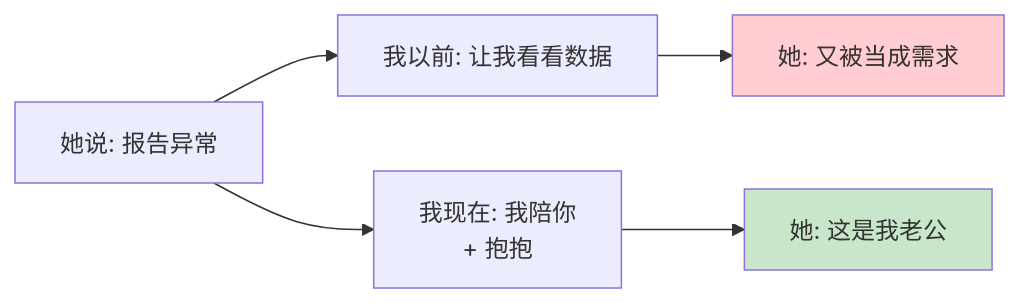
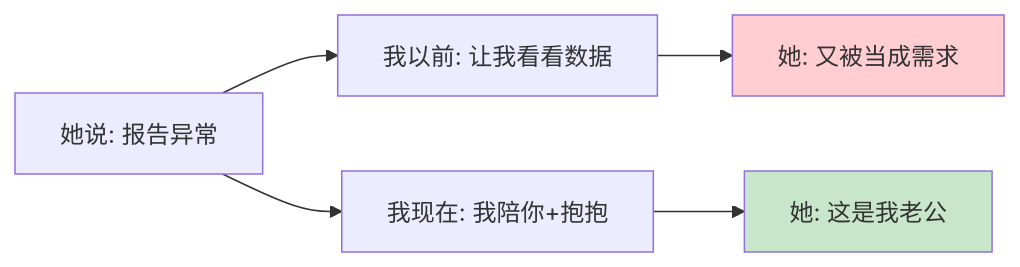
One commit to chongyang211/YCBookBlog changed diagram 13 of 14 in packages/website/13.书籍/06.自我精进·立言/02.沟通实战/02.沟通能力的演进.md. Above: the diagram before and after it, drawn with Mermaid. The commit also changed other lines of this file, not shown here.

````diff
--- a/packages/website/13.书籍/06.自我精进·立言/02.沟通实战/02.沟通能力的演进.md
+++ b/packages/website/13.书籍/06.自我精进·立言/02.沟通实战/02.沟通能力的演进.md
@@ -390,11 +379,9 @@
 ```mermaid
 graph LR
     A[她说: 报告异常] --> B[我以前: 让我看看数据]
-    A --> C[我现在: 我陪你<br/>+ 抱抱]
-    
+    A --> C[我现在: 我陪你+抱抱]
     B --> D[她: 又被当成需求]
     C --> E[她: 这是我老公]
-    
     style D fill:#ffcdd2
     style E fill:#c8e6c9
 ```
````
